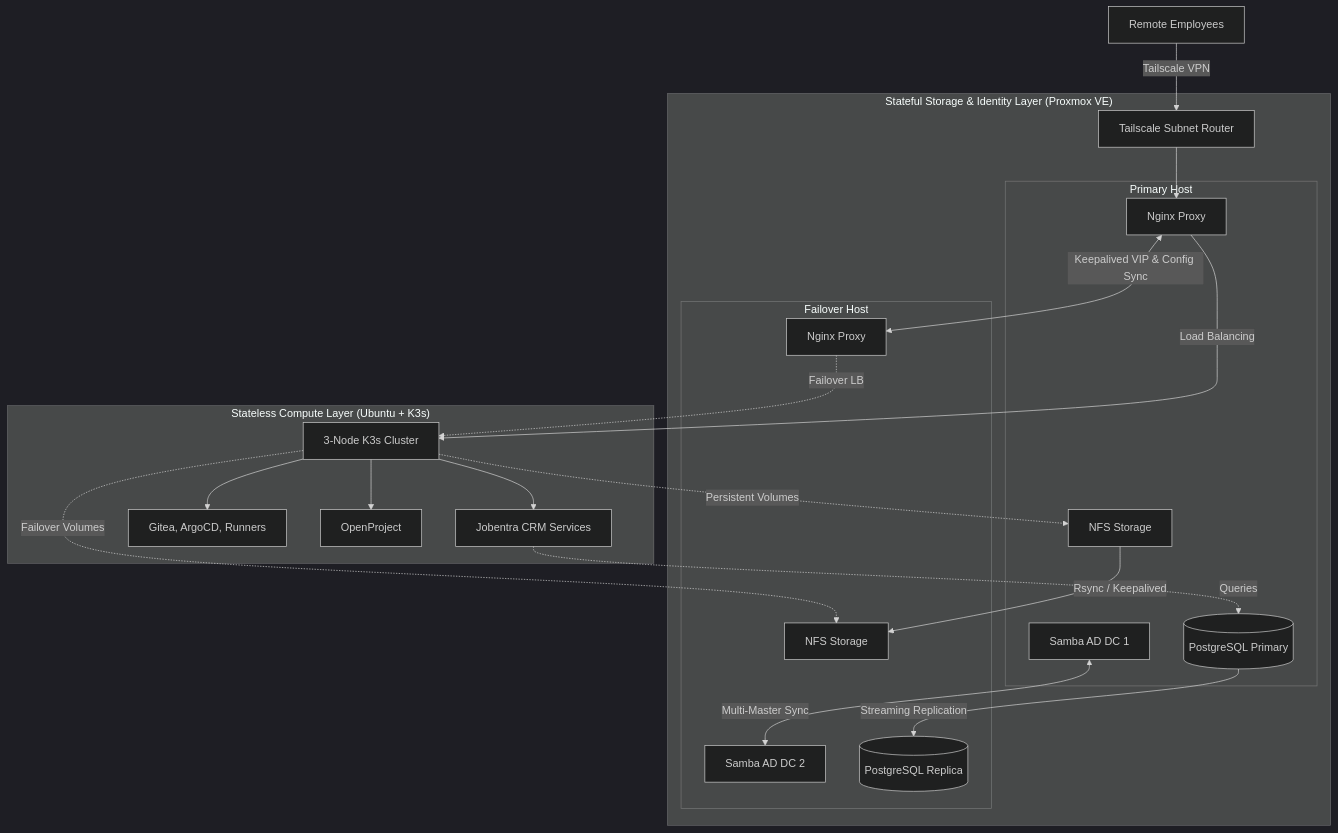
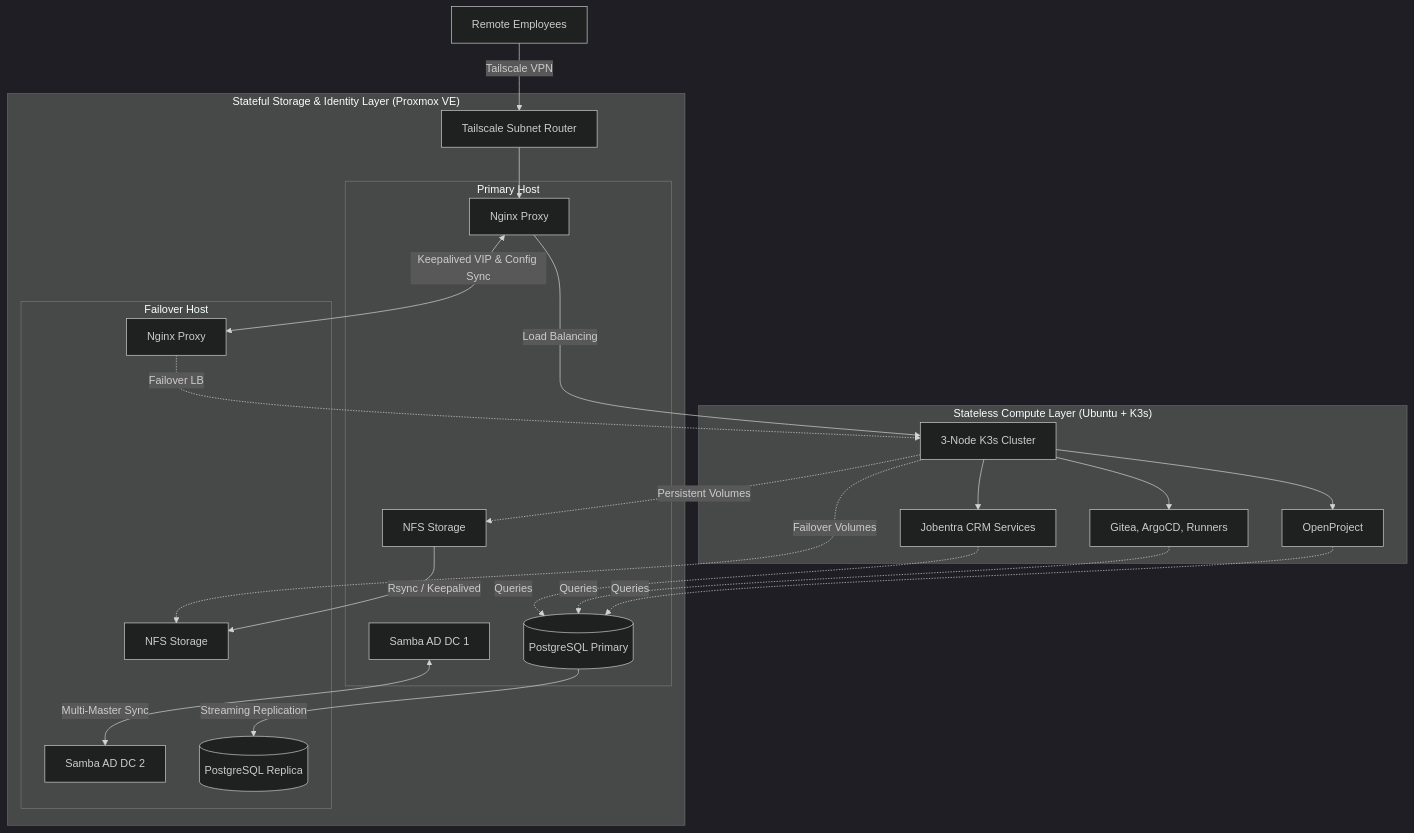
The diagram in README.md (salihsayal/jobentra-infrastructure), drawn with Mermaid (dark theme) before and after one commit. The commit also changed other lines of this file, not shown here.

````diff
--- a/README.md
+++ b/README.md
@@ -9,47 +9,49 @@
 ```mermaid
 graph TD
     User[Remote Employees] -->|Tailscale VPN| TS[Tailscale Subnet Router]
     
     subgraph "Stateful Storage & Identity Layer (Proxmox VE)"
         TS --> Proxy1
         
         subgraph "Primary Host"
             Proxy1[Nginx Proxy]
             AD1[Samba AD DC 1]
             DB1[(PostgreSQL Primary)]
             NFS1[NFS Storage]
         end
         
         subgraph "Failover Host"
             Proxy2[Nginx Proxy]
             AD2[Samba AD DC 2]
             DB2[(PostgreSQL Replica)]
             NFS2[NFS Storage]
         end
         
         AD1 <-->|Multi-Master Sync| AD2
         DB1 -->|Streaming Replication| DB2
         NFS1 -->|Rsync / Keepalived| NFS2
         Proxy1 <-->|Keepalived VIP & Config Sync| Proxy2
     end
 
     subgraph "Stateless Compute Layer (Ubuntu + K3s)"
         K8s[3-Node K3s Cluster]
         CRM[Jobentra CRM Services]
         DevOps[Gitea, ArgoCD, Runners]
         Tools[OpenProject]
         
         K8s --> CRM
         K8s --> DevOps
         K8s --> Tools
     end
 
     Proxy1 -->|Load Balancing| K8s
     Proxy2 -.->|Failover LB| K8s
     
     K8s -. Persistent Volumes .-> NFS1
     K8s -. Failover Volumes .-> NFS2
     
     CRM -. Queries .-> DB1
+    DevOps -. Queries .-> DB1
+    Tools -. Queries .-> DB1
 
 ```
````
